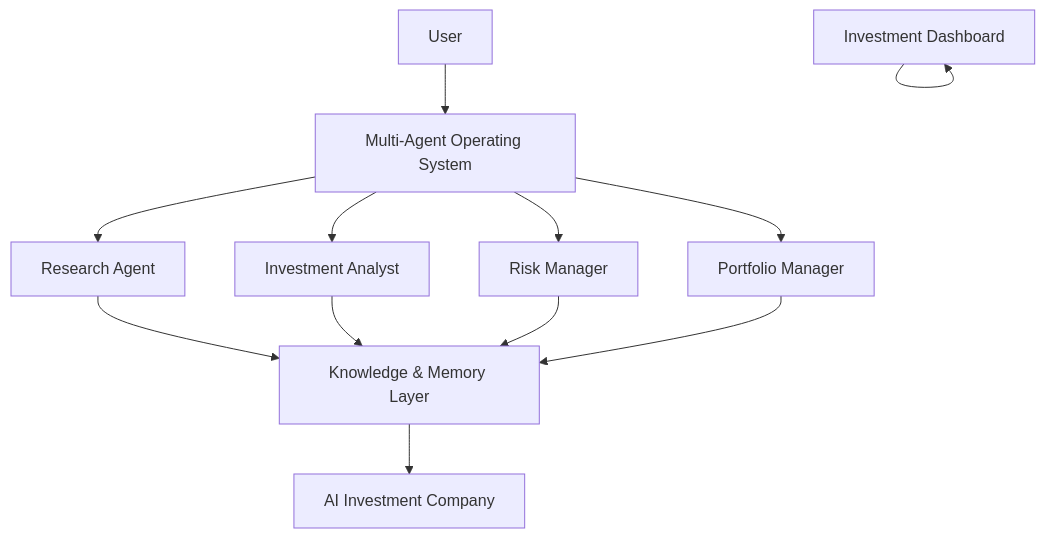
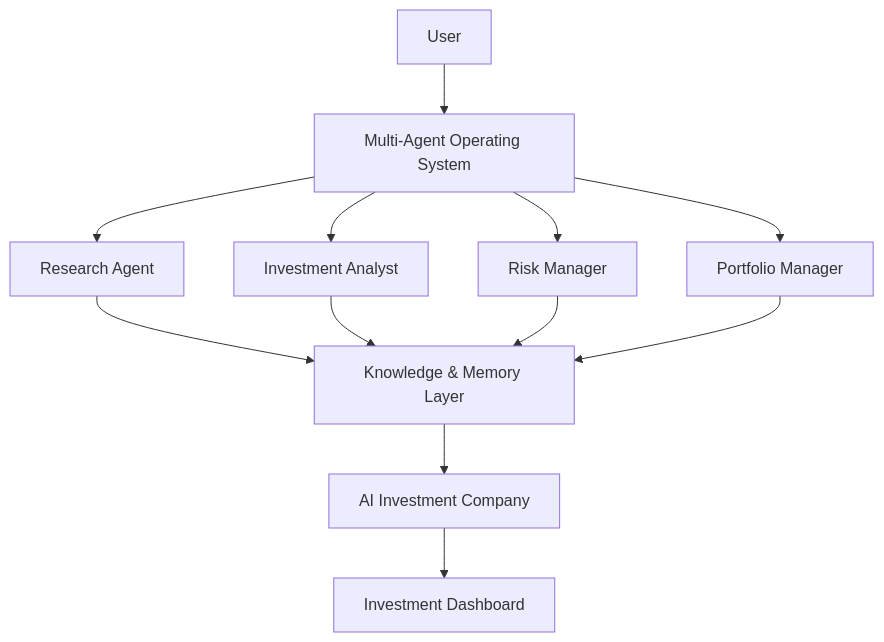
The diagram in README.md (yaxingwang-ai/multi-agent-operating-system), drawn with Mermaid before and after one commit.

Commit message:
docs: add system architecture

````diff
--- a/README.md
+++ b/README.md
@@ -39,19 +39,19 @@
 ```mermaid
 graph TD
 
 User --> MAOS["Multi-Agent Operating System"]
 
 MAOS --> Research["Research Agent"]
 MAOS --> Analysis["Investment Analyst"]
 MAOS --> Risk["Risk Manager"]
 MAOS --> Portfolio["Portfolio Manager"]
 
 Research --> Knowledge["Knowledge & Memory Layer"]
 Analysis --> Knowledge
 Risk --> Knowledge
 Portfolio --> Knowledge
 
-Knowledge --> Dashboard["AI Investment Company"]
+Knowledge --> Application["AI Investment Company"]
 
-Application --> Application["Investment Dashboard"]
+Application --> Dashboard["Investment Dashboard"]
 ```
````
